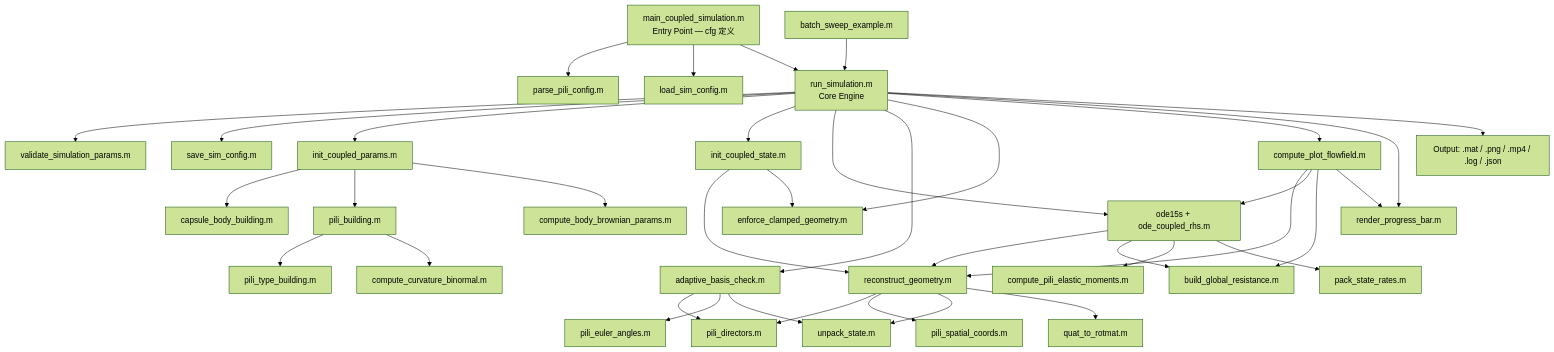
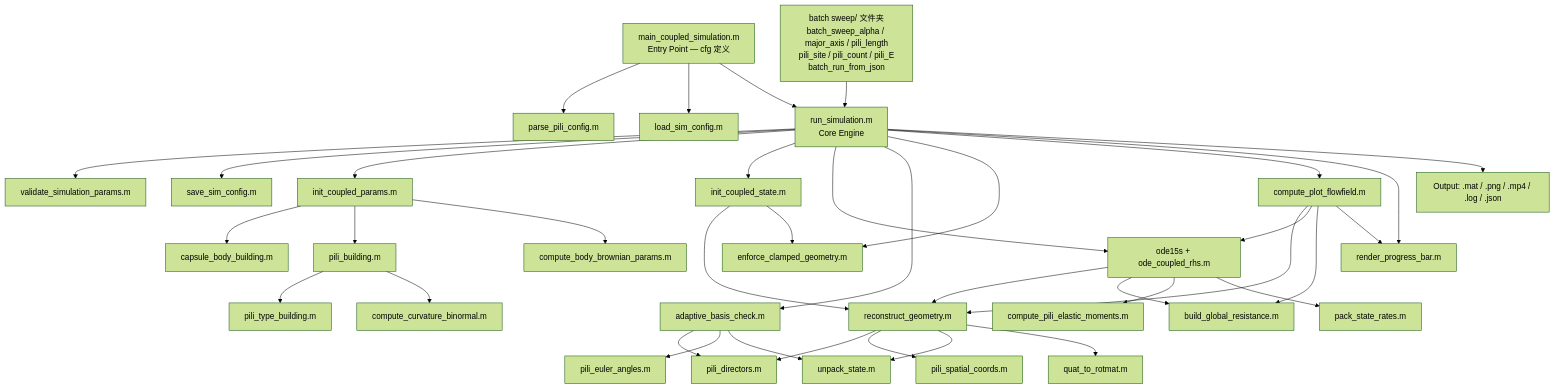
Before and after one commit to Lucien-6/Bacteria_Elastohydrodynamic_Simulation: the diagram in README.md, drawn with Mermaid (forest theme). The commit also changed other lines of this file and 7 other files, not shown here.

````diff
--- a/README.md
+++ b/README.md
@@ -171,47 +173,47 @@
 ```mermaid
 graph TD
     ENTRY[main_coupled_simulation.m<br/>Entry Point — cfg 定义] --> PC[parse_pili_config.m]
     ENTRY --> LC[load_sim_config.m]
     ENTRY --> RUN[run_simulation.m<br/>Core Engine]
 
     RUN --> VAL[validate_simulation_params.m]
     RUN --> SC[save_sim_config.m]
     RUN --> B[init_coupled_params.m]
     RUN --> C[init_coupled_state.m]
     RUN --> D[ode15s + ode_coupled_rhs.m]
     RUN --> E[adaptive_basis_check.m]
     RUN --> F[enforce_clamped_geometry.m]
     RUN --> V[compute_plot_flowfield.m]
     RUN --> PB[render_progress_bar.m]
     RUN --> G[Output: .mat / .png / .mp4 / .log / .json]
 
     B --> H[capsule_body_building.m]
     B --> I[pili_building.m]
     B --> W[compute_body_brownian_params.m]
     I --> J[pili_type_building.m]
     I --> K[compute_curvature_binormal.m]
 
     C --> L[reconstruct_geometry.m]
     C --> F
 
     D --> L
     D --> M[build_global_resistance.m]
     D --> N[compute_pili_elastic_moments.m]
     D --> P[pack_state_rates.m]
 
     V --> L
     V --> D
     V --> M
     V --> PB
 
     L --> Q[pili_directors.m]
     L --> R[pili_spatial_coords.m]
     L --> S[unpack_state.m]
     L --> T[quat_to_rotmat.m]
 
     E --> Q
     E --> U[pili_euler_angles.m]
     E --> S
 
-    BATCH[batch_sweep_example.m] --> RUN
+    BATCH["batch sweep/ 文件夹<br/>batch_sweep_alpha / major_axis / pili_length<br/>pili_site / pili_count / pili_E<br/>batch_run_from_json"] --> RUN
 ```
````
